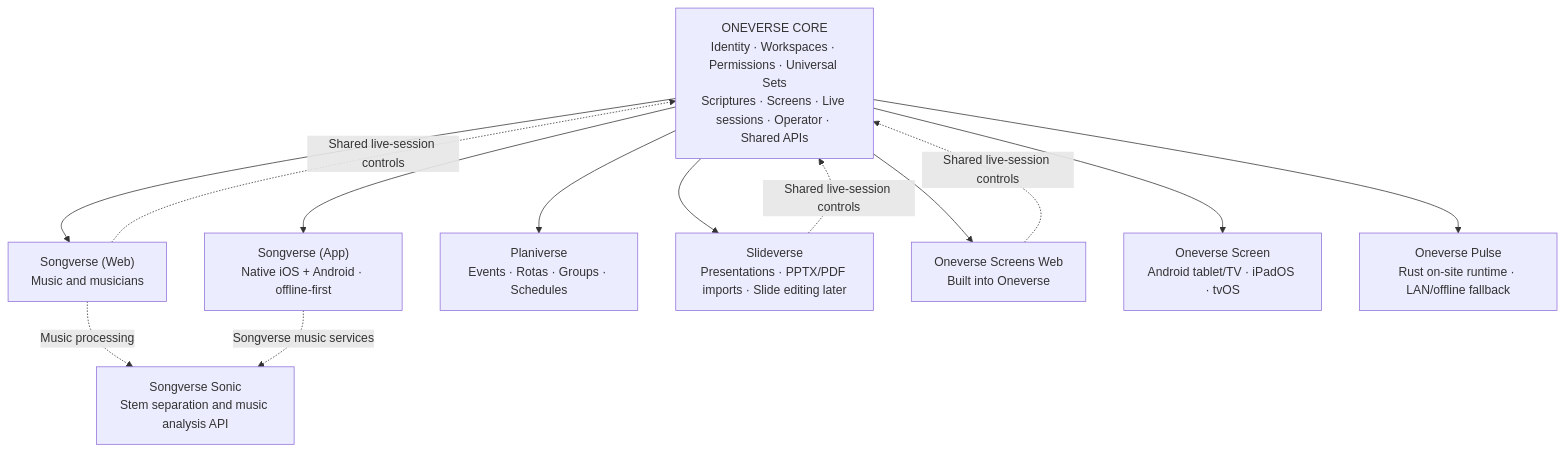
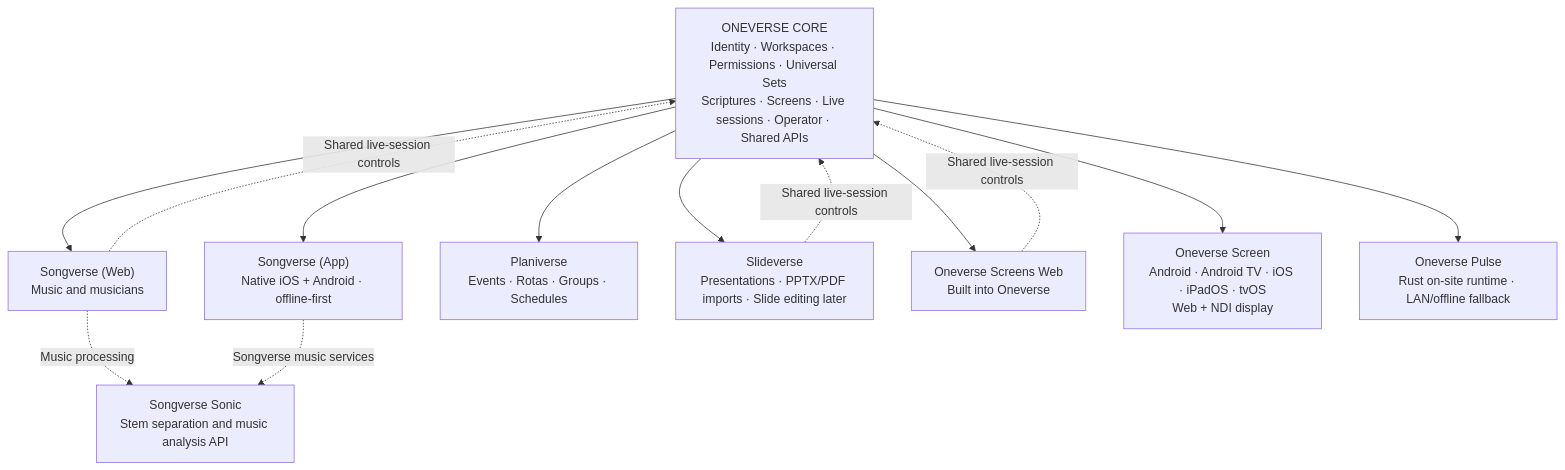
Before and after one commit to Vulcio/Oneverse: the diagram in docs/oneverse-architecture.md, drawn with Mermaid. The commit also changed other lines of this file, not shown here.

First line of the commit message:
Blueprint: Oneverse Screen's code is on GitHub, with NDI and a hybrid display

````diff
--- a/docs/oneverse-architecture.md
+++ b/docs/oneverse-architecture.md
@@ -22,17 +22,17 @@
 ```mermaid
 flowchart TB
   CORE["ONEVERSE CORE<br/>Identity · Workspaces · Permissions · Universal Sets<br/>Scriptures · Screens · Live sessions · Operator · Shared APIs"]
   S["Songverse (Web)<br/>Music and musicians"]
   SA["Songverse (App)<br/>Native iOS + Android · offline-first"]
   P["Planiverse<br/>Events · Rotas · Groups · Schedules"]
   SL["Slideverse<br/>Presentations · PPTX/PDF imports · Slide editing later"]
   SO["Songverse Sonic<br/>Stem separation and music analysis API"]
   SW["Oneverse Screens Web<br/>Built into Oneverse"]
-  SN["Oneverse Screen<br/>Android tablet/TV · iPadOS · tvOS"]
+  SN["Oneverse Screen<br/>Android · Android TV · iOS · iPadOS · tvOS<br/>Web + NDI display"]
   PLAYER["Oneverse Pulse<br/>Rust on-site runtime · LAN/offline fallback"]
   CORE --> S & SA & P & SL
   CORE --> SW & SN & PLAYER
   S -. "Music processing" .-> SO
   SA -. "Songverse music services" .-> SO
   S & SL & SW -. "Shared live-session controls" .-> CORE
 ```
````
